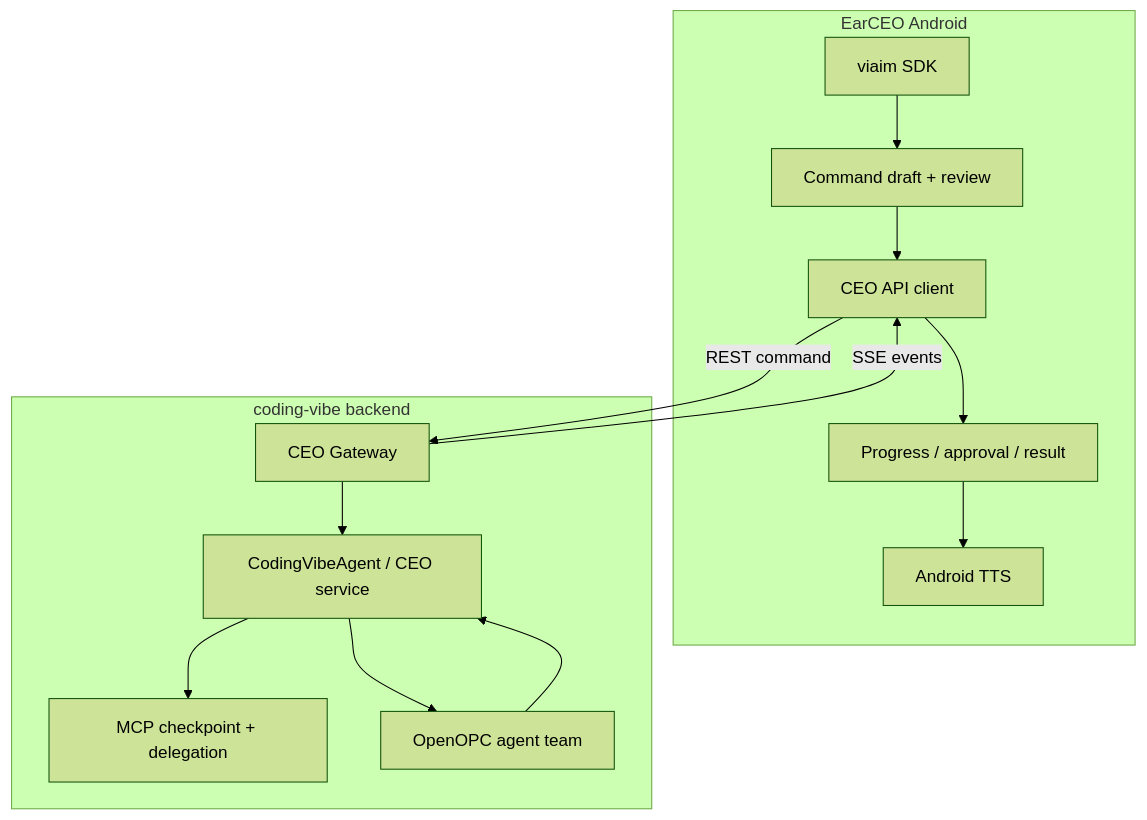
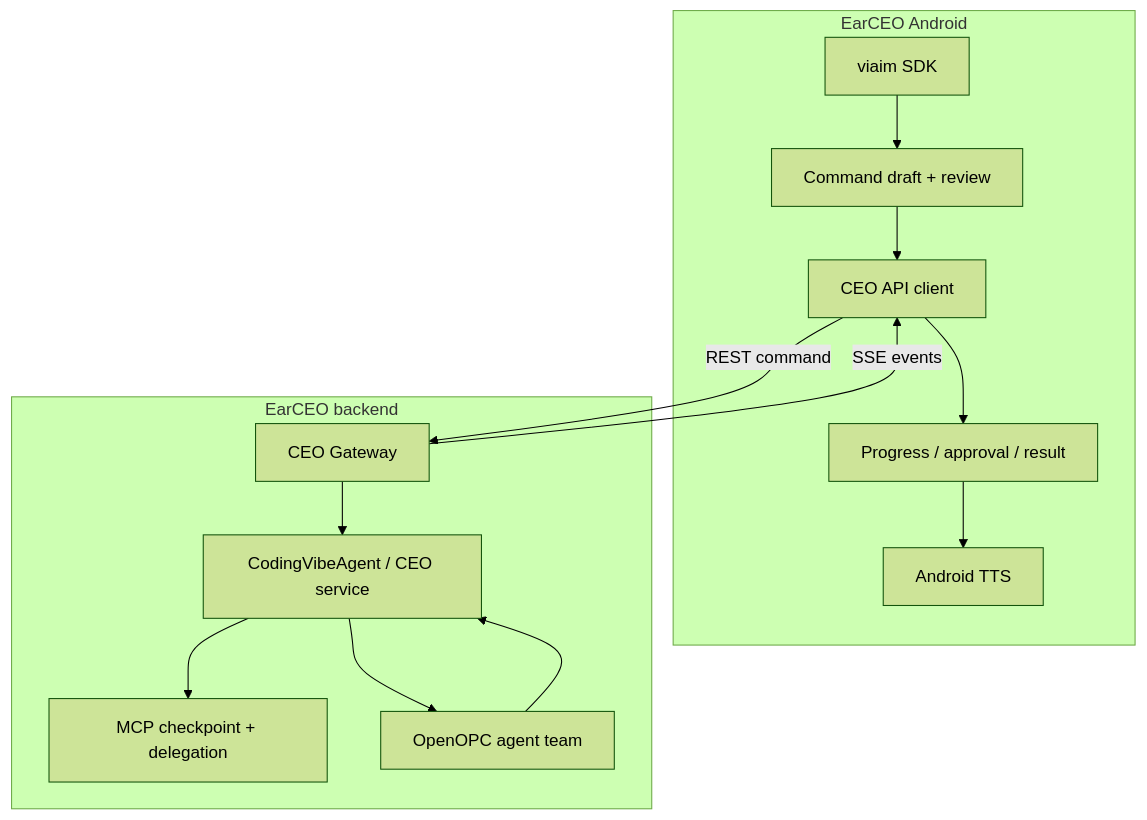
Before and after one commit to hlzx-cpu/EarCEO: the diagram in docs/architecture.md, drawn with Mermaid (forest theme). The commit also changed other lines of this file and 57 other files, not shown here.

````diff
--- a/docs/architecture.md
+++ b/docs/architecture.md
@@ -13,26 +13,26 @@
 ```mermaid
 flowchart TB
     subgraph Phone["EarCEO Android"]
         SDK["viaim SDK"]
         Draft["Command draft + review"]
         Client["CEO API client"]
         UI["Progress / approval / result"]
         TTS["Android TTS"]
         SDK --> Draft --> Client
         Client --> UI --> TTS
     end
 
-    subgraph Backend["coding-vibe backend"]
+    subgraph Backend["EarCEO backend"]
         Gateway["CEO Gateway"]
         CEO["CodingVibeAgent / CEO service"]
         MCP["MCP checkpoint + delegation"]
         OPC["OpenOPC agent team"]
         Gateway --> CEO
         CEO --> MCP
         CEO --> OPC
         OPC --> CEO
     end
 
     Client -->|REST command| Gateway
     Gateway -->|SSE events| Client
 ```
````
